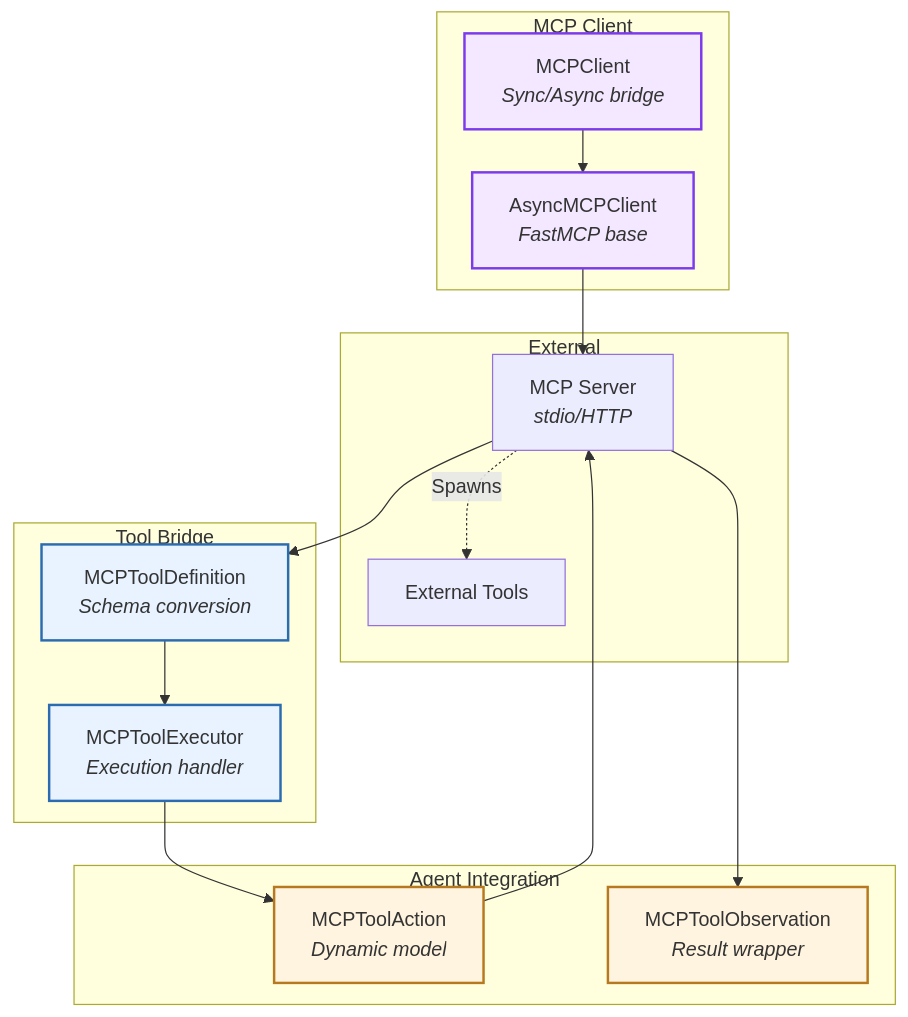
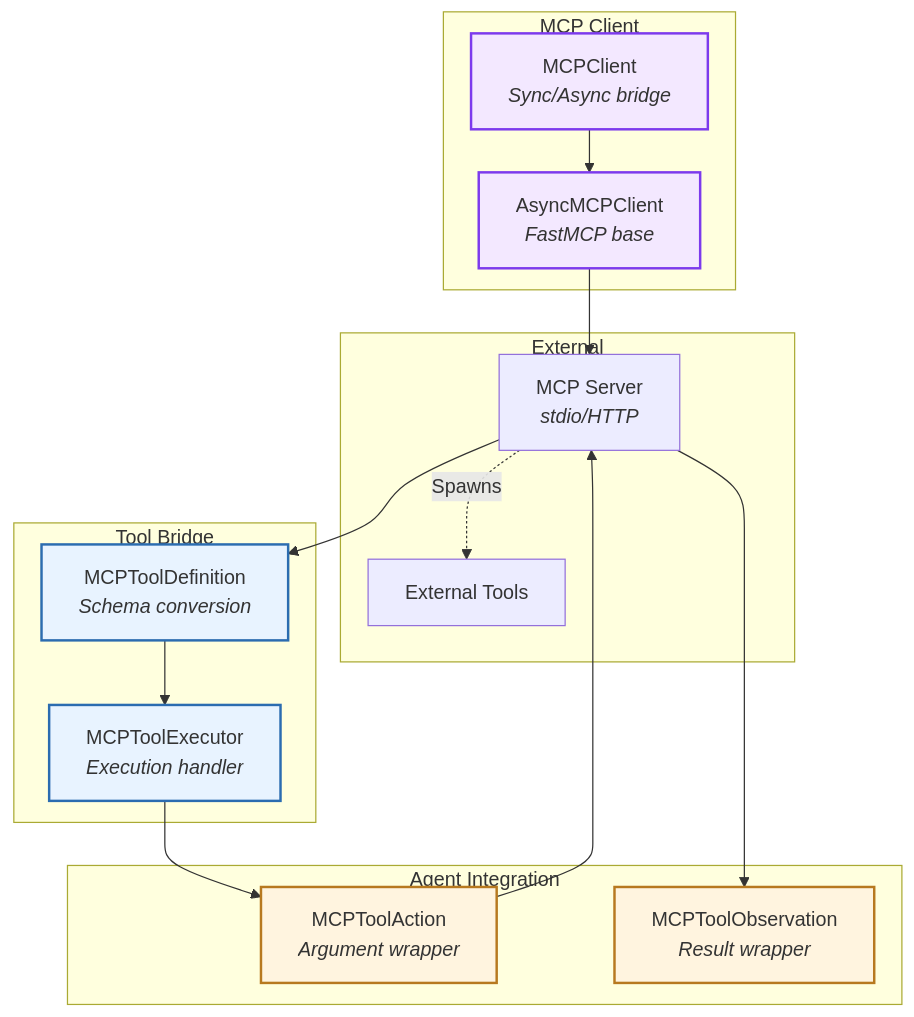
One commit to OpenHands/docs changed the first of 7 diagrams in sdk/arch/mcp.mdx. Above: the diagram before and after it, drawn with Mermaid. The commit also changed other lines of this file and 1 other file, not shown here.

````diff
--- a/sdk/arch/mcp.mdx
+++ b/sdk/arch/mcp.mdx
@@ -21,43 +21,43 @@
 ```mermaid
 %%{init: {"theme": "default", "flowchart": {"nodeSpacing": 25, "rankSpacing": 35}} }%%
 flowchart TB
     subgraph Client["MCP Client"]
         Sync["MCPClient<br><i>Sync/Async bridge</i>"]
         Async["AsyncMCPClient<br><i>FastMCP base</i>"]
     end
     
     subgraph Bridge["Tool Bridge"]
         Def["MCPToolDefinition<br><i>Schema conversion</i>"]
         Exec["MCPToolExecutor<br><i>Execution handler</i>"]
     end
     
     subgraph Integration["Agent Integration"]
-        Action["MCPToolAction<br><i>Dynamic model</i>"]
+        Action["MCPToolAction<br><i>Argument wrapper</i>"]
         Obs["MCPToolObservation<br><i>Result wrapper</i>"]
     end
     
     subgraph External["External"]
         Server["MCP Server<br><i>stdio/HTTP</i>"]
         Tools["External Tools"]
     end
     
     Sync --> Async
     Async --> Server
     
     Server --> Def
     Def --> Exec
     
     Exec --> Action
     Action --> Server
     Server --> Obs
     
     Server -.->|Spawns| Tools
     
     classDef primary fill:#f3e8ff,stroke:#7c3aed,stroke-width:2px
     classDef secondary fill:#e8f3ff,stroke:#2b6cb0,stroke-width:2px
     classDef tertiary fill:#fff4df,stroke:#b7791f,stroke-width:2px
     
     class Sync,Async primary
     class Def,Exec secondary
     class Action,Obs tertiary
 ```
````
